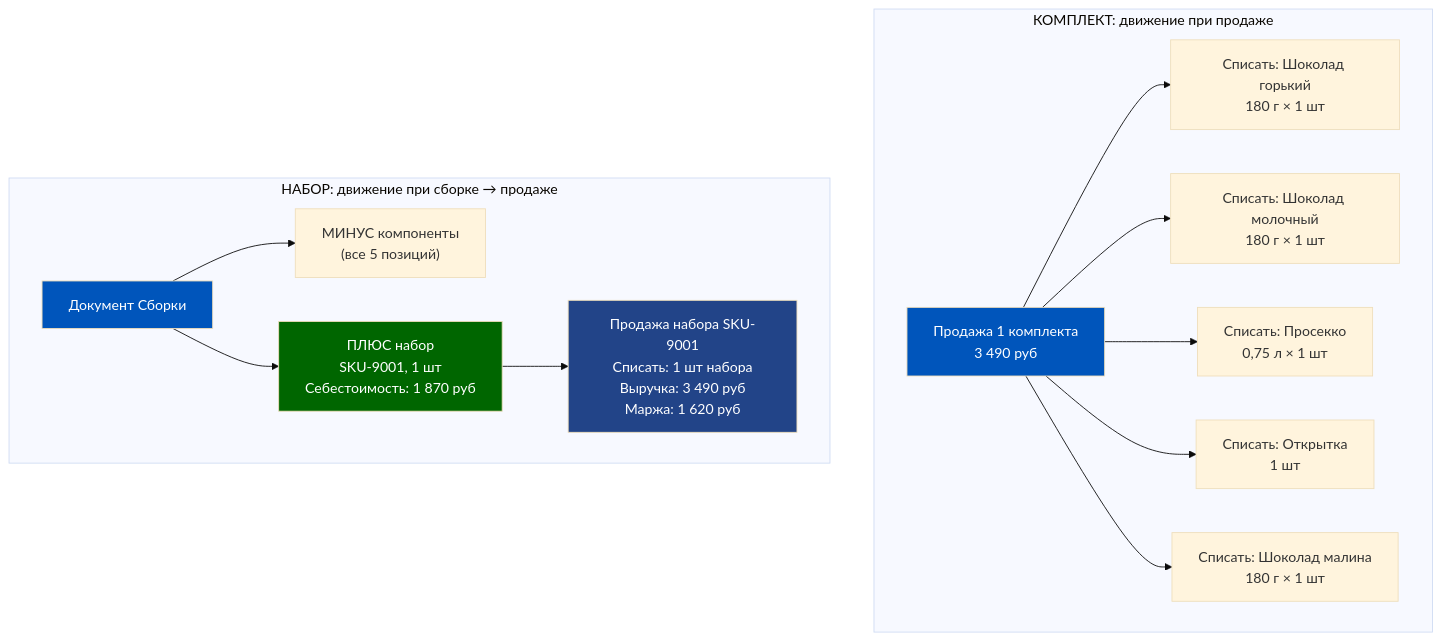
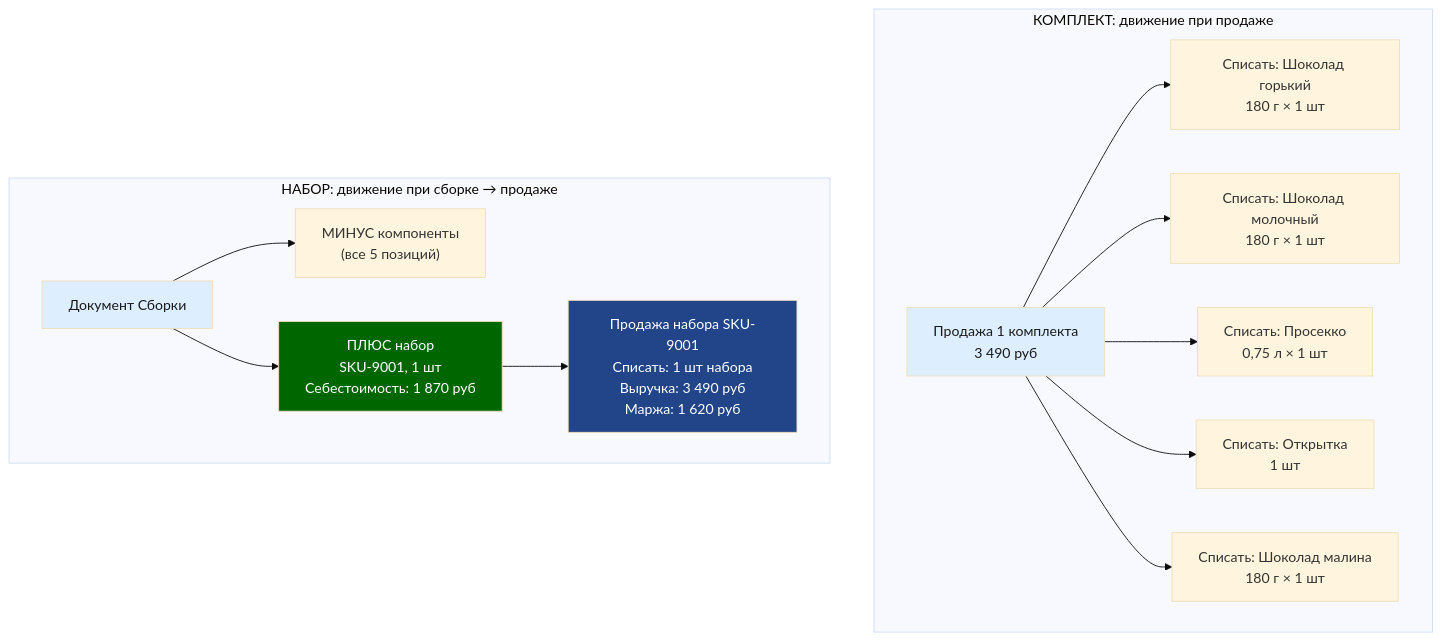
One commit to murad1986/1c-erp-quartz changed the second of 9 diagrams in content/1c-erp/week_5/Неделя 5 - День 2 - Сборка и разборка товаров.md. Above: the diagram before and after it, drawn with Mermaid (base theme). The commit also changed other lines of this file and 57 other files, not shown here.

First line of the commit message:
fix: Mermaid — пастельные цвета в источниках диаграмм (56 файлов)

````diff
--- a/content/1c-erp/week_5/Неделя 5 - День 2 - Сборка и разборка товаров.md
+++ b/content/1c-erp/week_5/Неделя 5 - День 2 - Сборка и разборка товаров.md
@@ -110,21 +110,21 @@
 ```mermaid
 graph TD
     subgraph "КОМПЛЕКТ: движение при продаже"
         KP["Продажа 1 комплекта<br/>3 490 руб"] --> KC1["Списать: Шоколад горький<br/>180 г × 1 шт"]
         KP --> KC2["Списать: Шоколад молочный<br/>180 г × 1 шт"]
         KP --> KC3["Списать: Просекко<br/>0,75 л × 1 шт"]
         KP --> KC4["Списать: Открытка<br/>1 шт"]
         KP --> KC5["Списать: Шоколад малина<br/>180 г × 1 шт"]
     end
 
     subgraph "НАБОР: движение при сборке → продаже"
         NS["Документ Сборки"] --> NM1["МИНУС компоненты<br/>(все 5 позиций)"]
         NS --> NM2["ПЛЮС набор<br/>SKU-9001, 1 шт<br/>Себестоимость: 1 870 руб"]
         NM2 --> NS2["Продажа набора SKU-9001<br/>Списать: 1 шт набора<br/>Выручка: 3 490 руб<br/>Маржа: 1 620 руб"]
     end
 
-    style KP fill:#0055BB,color:#fff
-    style NS fill:#0055BB,color:#fff
+    style KP fill:#dceeff,color:#1a1a1a
+    style NS fill:#dceeff,color:#1a1a1a
     style NM2 fill:#006600,color:#fff
     style NS2 fill:#224488,color:#fff
 ```
````
